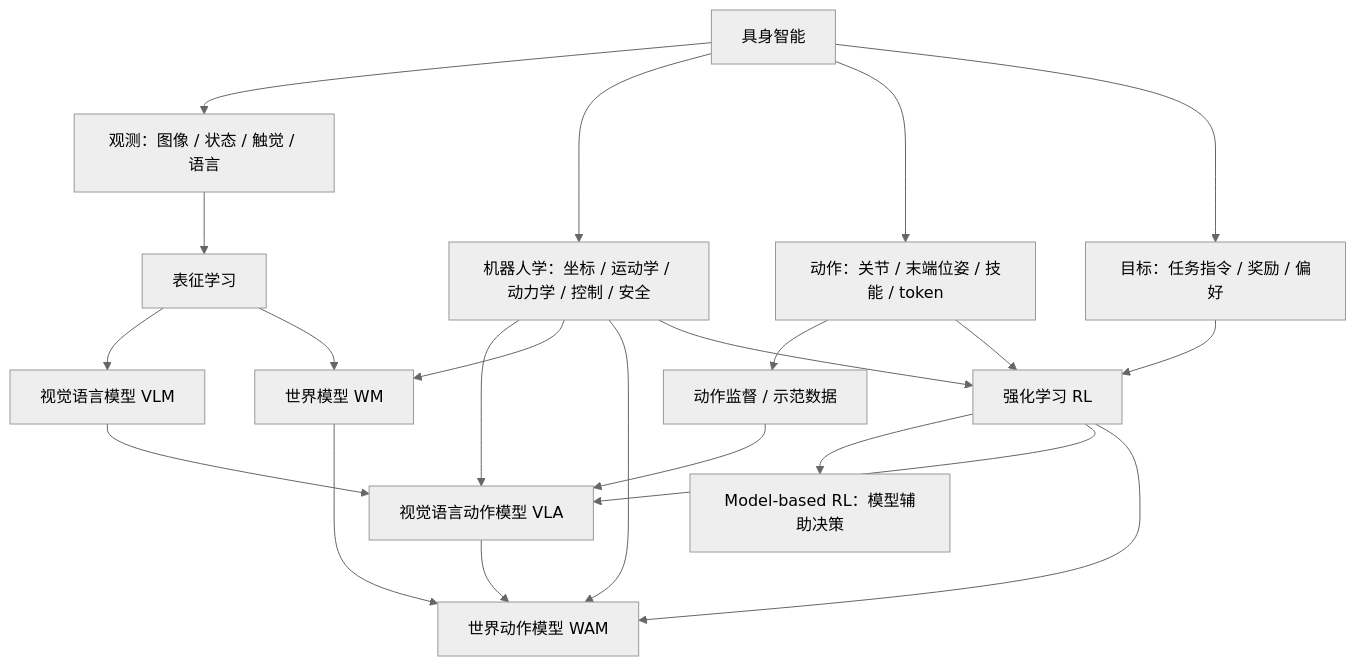
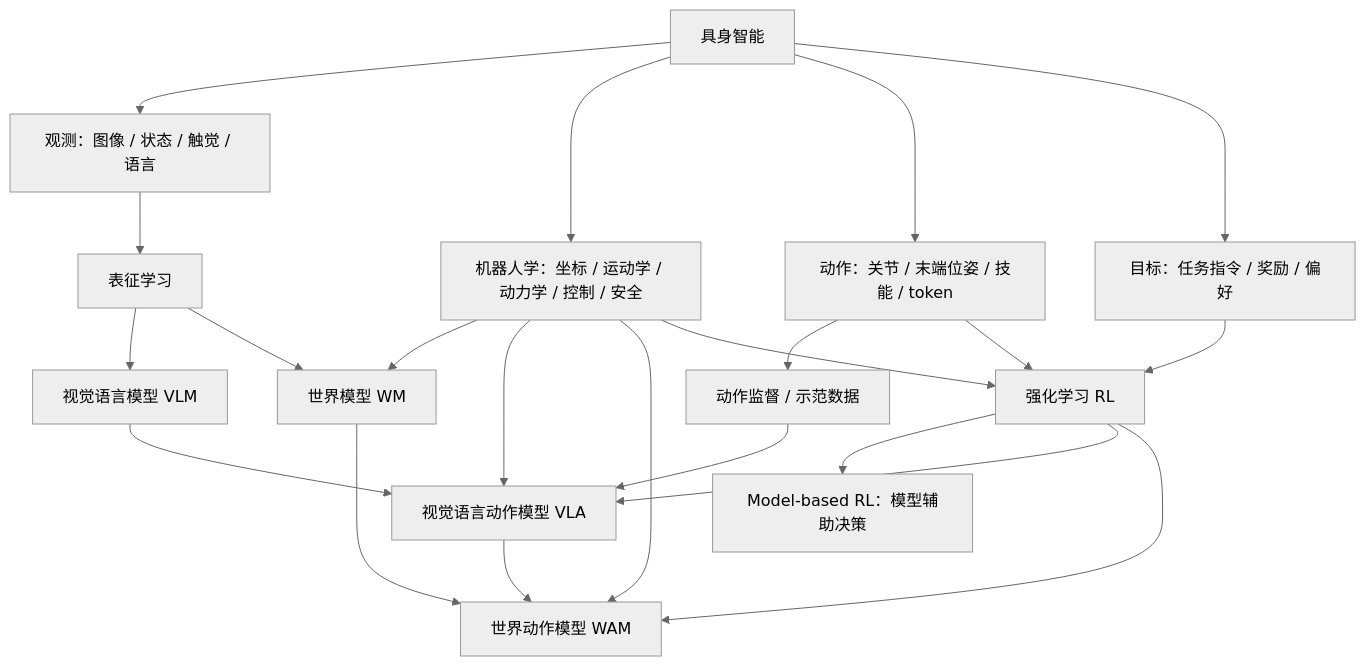
One commit to Faraday-2024/Embodied-AI-Start changed the second of 8 diagrams in docs/knowledge-map.md. Above: the diagram before and after it, drawn with Mermaid (neutral theme).

````diff
--- a/docs/knowledge-map.md
+++ b/docs/knowledge-map.md
@@ -27,14 +27,14 @@
 ```mermaid
 flowchart TD
     ROOT["具身智能"] --> OBS["观测：图像 / 状态 / 触觉 / 语言"] & ROB["机器人学：坐标 / 运动学 / 动力学 / 控制 / 安全"] & ACT["动作：关节 / 末端位姿 / 技能 / token"] & OBJ["目标：任务指令 / 奖励 / 偏好"]
     OBS --> REP["表征学习"]
     REP --> VLM["视觉语言模型 VLM"] & WM["世界模型 WM"]
     VLM --> VLA["视觉语言动作模型 VLA"]
     WM --> WAM["世界动作模型 WAM"]
     VLA --> WAM
     ACT --> SUP["动作监督 / 示范数据"] & RL["强化学习 RL"]
     OBJ --> RL
     RL --> MBRL["Model-based RL：模型辅助决策"] & VLA & WAM
     SUP --> VLA
-    ROB --> VLA & WM & WAM & RL
+    ROB --> WM & VLA & WAM & RL
 ```
````
